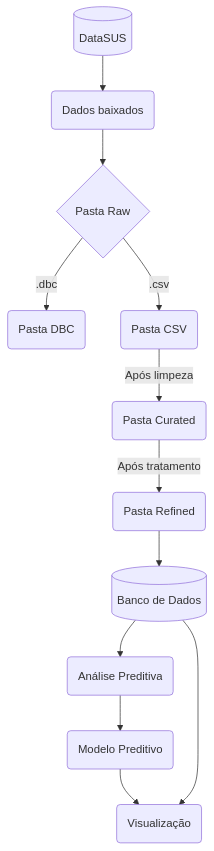
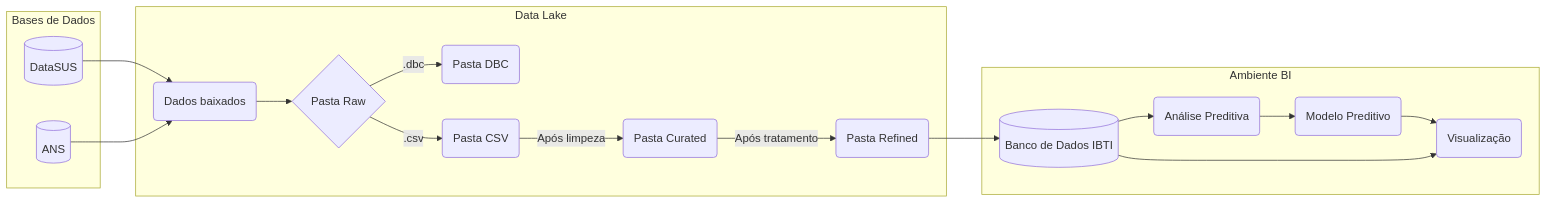
Before and after one commit to IBTI-DF/SIGFAPDF: the diagram in README.md, drawn with Mermaid.

````diff
--- a/README.md
+++ b/README.md
@@ -9,9 +9,28 @@
 ```mermaid
-graph TB
+flowchart LR
 H[(DataSUS)] --> A(Dados baixados) --> B{Pasta Raw}
+L[(ANS)] --> A
 B -- .dbc --> C(Pasta DBC)
 B -- .csv --> D(Pasta CSV)
 D -- Após limpeza --> E(Pasta Curated)
-E -- Após tratamento --> F(Pasta Refined) --> G[(Banco de Dados)] --> I(Análise Preditiva) --> J(Modelo Preditivo) --> K(Visualização)
+E -- Após tratamento --> F(Pasta Refined) --> G[(Banco de Dados IBTI)] --> I(Análise Preditiva) --> J(Modelo Preditivo) --> K(Visualização)
 G --> K
+subgraph Bases de Dados
+H
+L
+end
+subgraph Data Lake
+B
+A
+C
+D
+E
+F
+end
+subgraph Ambiente BI
+I
+G
+J
+K
+end
 ```
````
